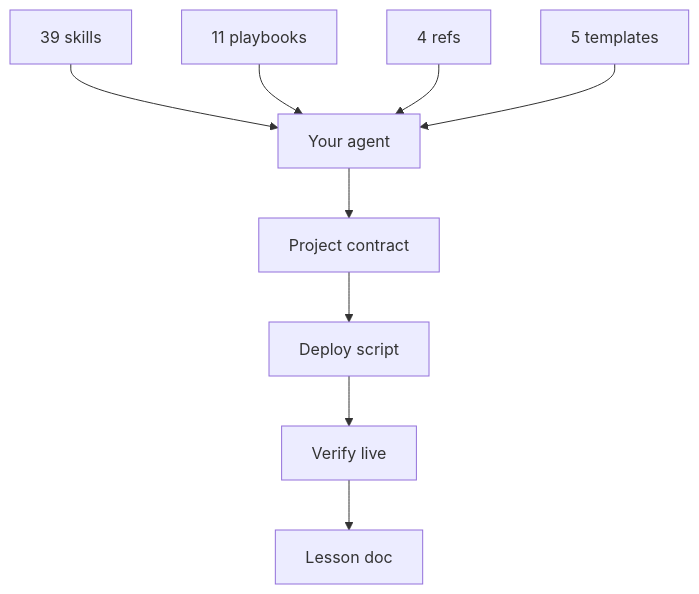
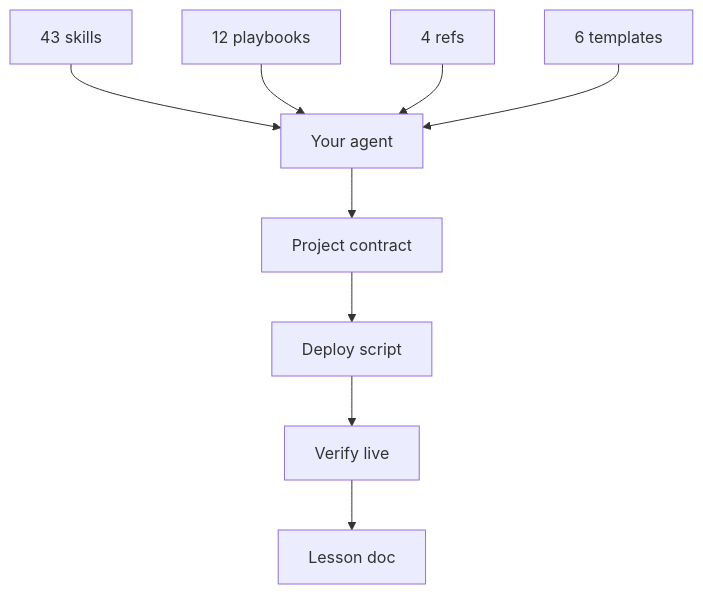
The diagram in README.md (Nonarkara/dr-non-vibecoding-skills), drawn with Mermaid before and after one commit. The commit also changed other lines of this file and 57 other files, not shown here.

````diff
--- a/README.md
+++ b/README.md
@@ -170,11 +223,11 @@
 ```mermaid
 flowchart TB
-  S["39 skills"] --> A["Your agent"]
-  P["11 playbooks"] --> A
+  S["43 skills"] --> A["Your agent"]
+  P["12 playbooks"] --> A
   R["4 refs"] --> A
-  T["5 templates"] --> A
+  T["6 templates"] --> A
   A --> W["Project contract"]
   W --> D["Deploy script"]
   D --> V["Verify live"]
   V --> L["Lesson doc"]
 ```
````
